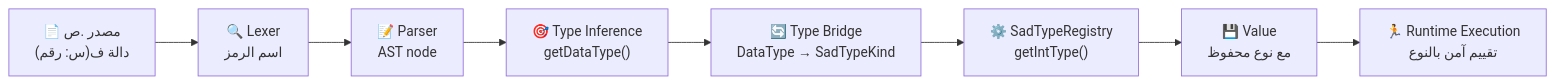
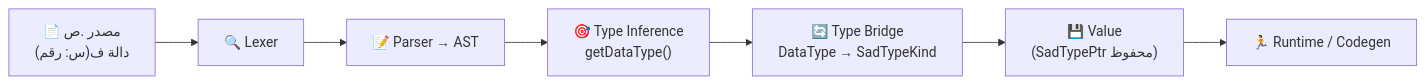
Before and after one commit to sadlang/sadlang: the diagram in docs/توثيقات_تطوير_اللغة/توثيقات_الانظمة/ARCHITECTURE_TYPE_SYSTEM.md, drawn with Mermaid. The commit also changed other lines of this file and 11 other files, not shown here.

````diff
--- a/docs/توثيقات_تطوير_اللغة/توثيقات_الانظمة/ARCHITECTURE_TYPE_SYSTEM.md
+++ b/docs/توثيقات_تطوير_اللغة/توثيقات_الانظمة/ARCHITECTURE_TYPE_SYSTEM.md
@@ -196,19 +136,11 @@
 ```mermaid
 graph LR
     A["📄 مصدر .ص<br/>دالة ف(س: رقم)"]
-    B["🔍 Lexer<br/>اسم الرمز"]
-    C["📝 Parser<br/>AST node"]
+    B["🔍 Lexer"]
+    C["📝 Parser → AST"]
     D["🎯 Type Inference<br/>getDataType()"]
     E["🔄 Type Bridge<br/>DataType → SadTypeKind"]
-    F["⚙️ SadTypeRegistry<br/>getIntType()"]
-    G["💾 Value<br/>مع نوع محفوظ"]
-    H["🏃 Runtime Execution<br/>تقييم آمن بالنوع"]
-    
-    A --> B
-    B --> C
-    C --> D
-    D --> E
-    E --> F
-    F --> G
-    G --> H
+    F["💾 Value<br/>(SadTypePtr محفوظ)"]
+    G["🏃 Runtime / Codegen"]
+    A --> B --> C --> D --> E --> F --> G
 ```
````
